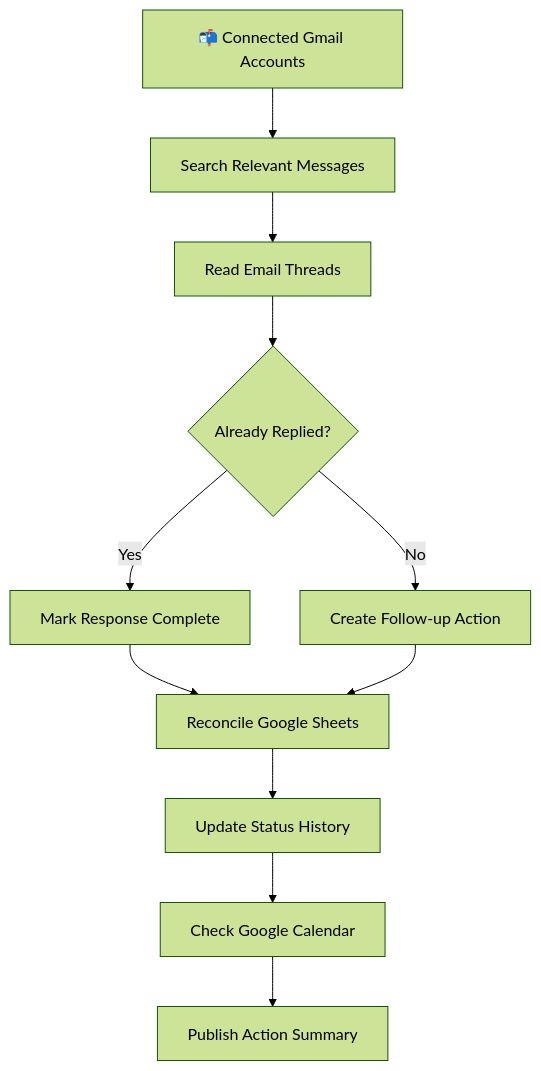
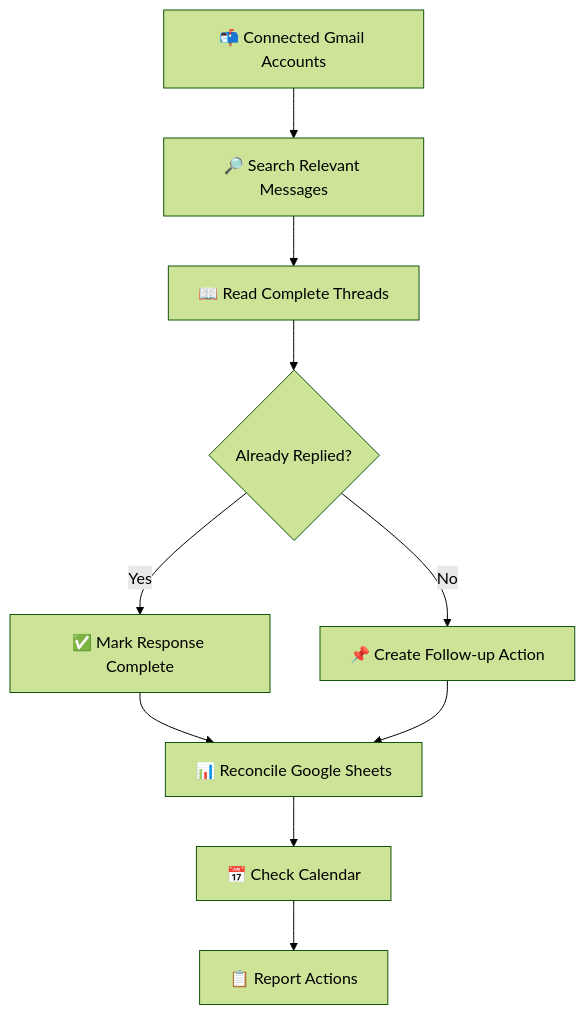
The fourth of 4 diagrams in High-Fit SDE Career Tracker.md (phoenix-falcon-rc/career-tracker), drawn with Mermaid (forest theme) before and after one commit. The commit also changed other lines of this file, not shown here.

````diff
--- a/High-Fit SDE Career Tracker.md
+++ b/High-Fit SDE Career Tracker.md
@@ -723,16 +909,19 @@
 ```mermaid
 flowchart TD
-    A["📬 Connected Gmail Accounts"] --> B["Search Relevant Messages"]
-    B --> C["Read Email Threads"]
-    C --> D{"Already Replied?"}
+    A["📬 Connected Gmail Accounts"]
+    B["🔎 Search Relevant Messages"]
+    C["📖 Read Complete Threads"]
+    D{"Already Replied?"}
+    E["✅ Mark Response Complete"]
+    F["📌 Create Follow-up Action"]
+    G["📊 Reconcile Google Sheets"]
+    H["📅 Check Calendar"]
+    I["📋 Report Actions"]
 
-    D -->|Yes| E["Mark Response Complete"]
-    D -->|No| F["Create Follow-up Action"]
-
-    E --> G["Reconcile Google Sheets"]
+    A --> B --> C --> D
+    D -->|Yes| E
+    D -->|No| F
+    E --> G
     F --> G
-
-    G --> H["Update Status History"]
-    H --> I["Check Google Calendar"]
-    I --> J["Publish Action Summary"]
+    G --> H --> I
 ```
````
